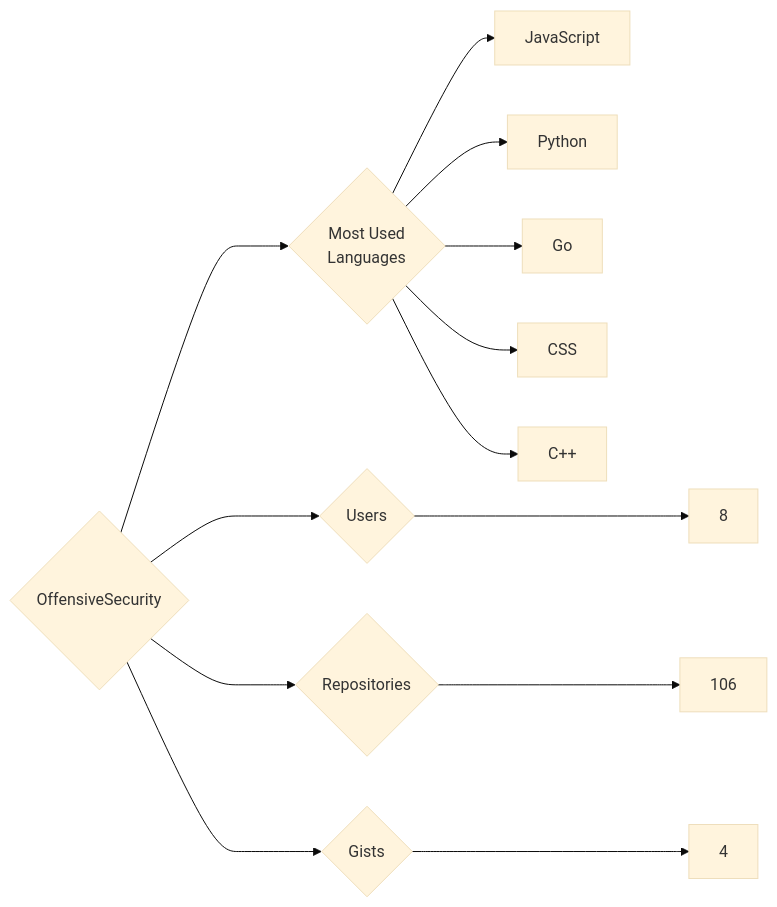
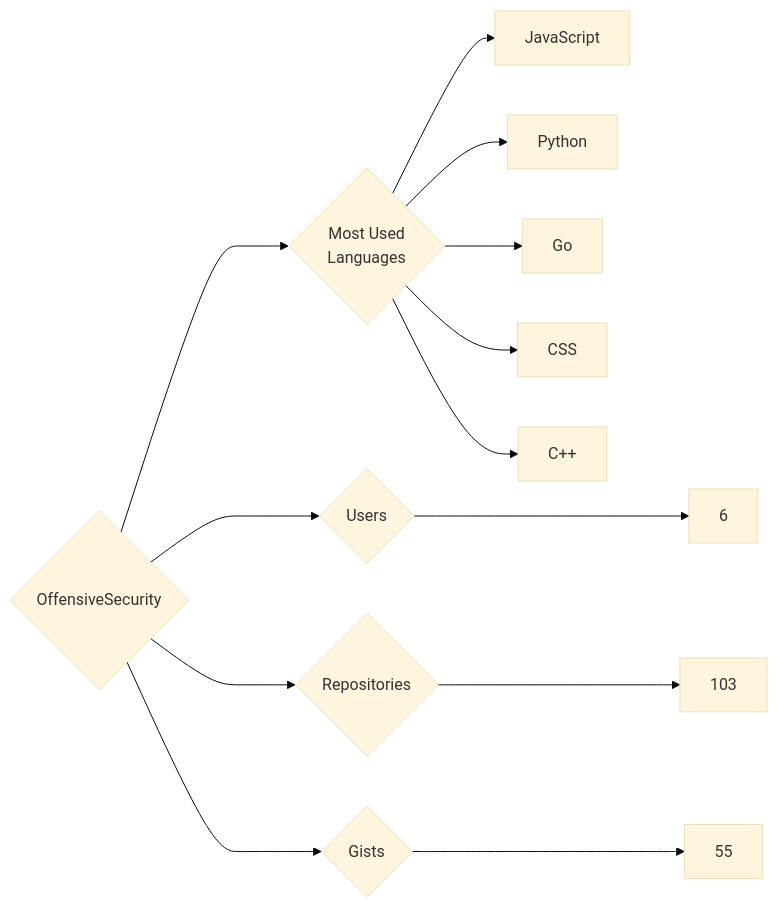
One commit to trickest/insiders changed the diagram in targets/OffensiveSecurity/README.md. Above: the diagram before and after it, drawn with Mermaid (base theme). The commit also changed 1389 other files, not shown here.

````diff
--- a/targets/OffensiveSecurity/README.md
+++ b/targets/OffensiveSecurity/README.md
@@ -3,13 +3,13 @@
 ```mermaid
 graph LR
 COMPANY_NAME{OffensiveSecurity}
-COMPANY_NAME ---> U{Users} ---> UN[8]
-COMPANY_NAME ---> R{Repositories} ---> RN[106]
-COMPANY_NAME ---> G{Gists} ---> GN[4]
+COMPANY_NAME ---> U{Users} ---> UN[6]
+COMPANY_NAME ---> R{Repositories} ---> RN[103]
+COMPANY_NAME ---> G{Gists} ---> GN[55]
 COMPANY_NAME ---> ML{Most Used<br>Languages}
 ML --> JavaScript[JavaScript]
 ML --> Python[Python]
 ML --> Go[Go]
 ML --> CSS[CSS]
 ML --> C++[C++]
 ```
````
